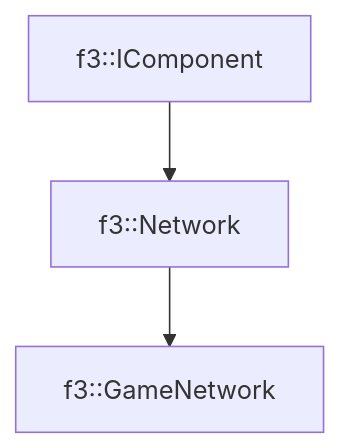
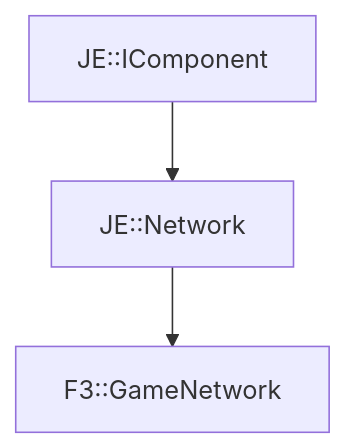
Before and after one commit to OpenJE/openvb: the diagram in docs/f3/GameNetwork.md, drawn with Mermaid. The commit also changed other lines of this file and 1399 other files, not shown here.

````diff
--- a/docs/f3/GameNetwork.md
+++ b/docs/f3/GameNetwork.md
@@ -17,5 +17,5 @@
 ```mermaid
 graph TD;
-    f3::IComponent --> f3::Network
-    f3::Network --> f3::GameNetwork
+    JE::IComponent --> JE::Network
+    JE::Network --> F3::GameNetwork
 ```
````
